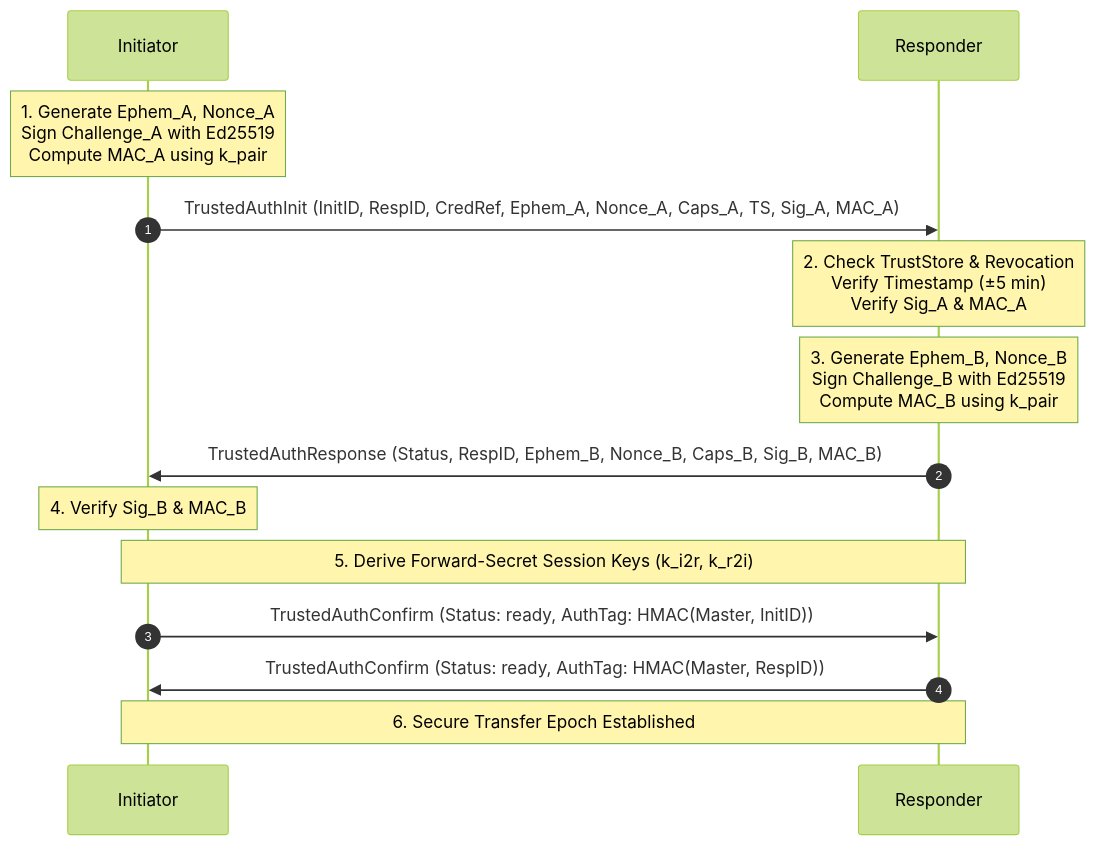
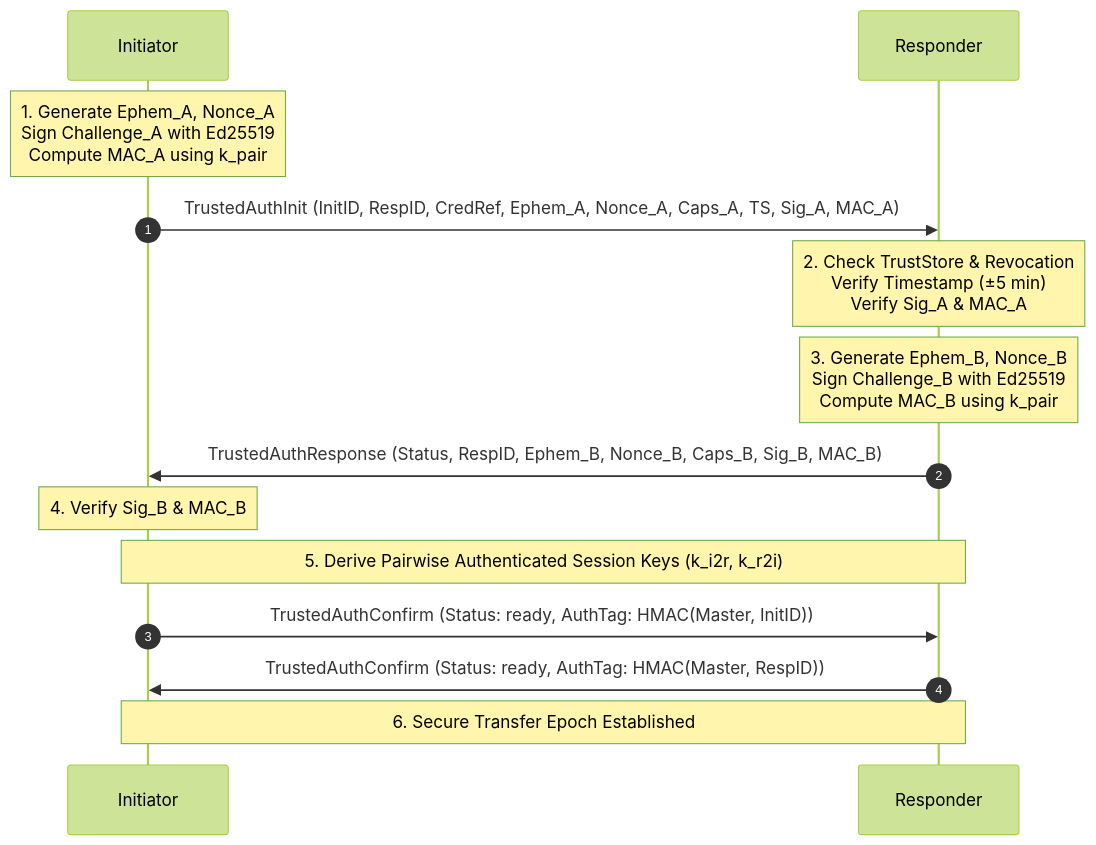
The second of 2 diagrams in docs/trust-model.md (Akshay7273/sendbeam), drawn with Mermaid (forest theme) before and after one commit. The commit also changed other lines of this file and 15 other files, not shown here.

````diff
--- a/docs/trust-model.md
+++ b/docs/trust-model.md
@@ -170,16 +170,16 @@
 ```mermaid
 sequenceDiagram
     autonumber
     participant A as Initiator
     participant B as Responder
     Note over A: 1. Generate Ephem_A, Nonce_A<br/>Sign Challenge_A with Ed25519<br/>Compute MAC_A using k_pair
     A->>B: TrustedAuthInit (InitID, RespID, CredRef, Ephem_A, Nonce_A, Caps_A, TS, Sig_A, MAC_A)
     Note over B: 2. Check TrustStore & Revocation<br/>Verify Timestamp (±5 min)<br/>Verify Sig_A & MAC_A
     Note over B: 3. Generate Ephem_B, Nonce_B<br/>Sign Challenge_B with Ed25519<br/>Compute MAC_B using k_pair
     B->>A: TrustedAuthResponse (Status, RespID, Ephem_B, Nonce_B, Caps_B, Sig_B, MAC_B)
     Note over A: 4. Verify Sig_B & MAC_B
-    Note over A,B: 5. Derive Forward-Secret Session Keys (k_i2r, k_r2i)
+    Note over A,B: 5. Derive Pairwise Authenticated Session Keys (k_i2r, k_r2i)
     A->>B: TrustedAuthConfirm (Status: ready, AuthTag: HMAC(Master, InitID))
     B->>A: TrustedAuthConfirm (Status: ready, AuthTag: HMAC(Master, RespID))
     Note over A,B: 6. Secure Transfer Epoch Established
 ```
````
